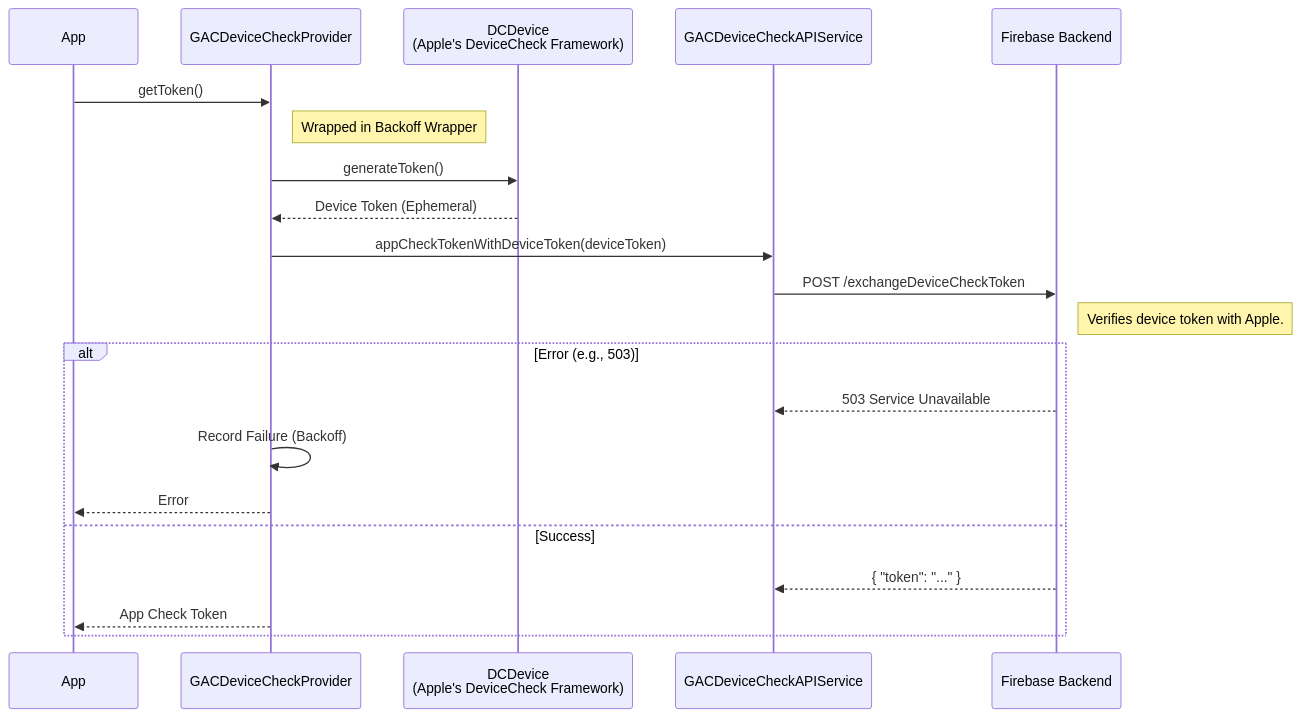
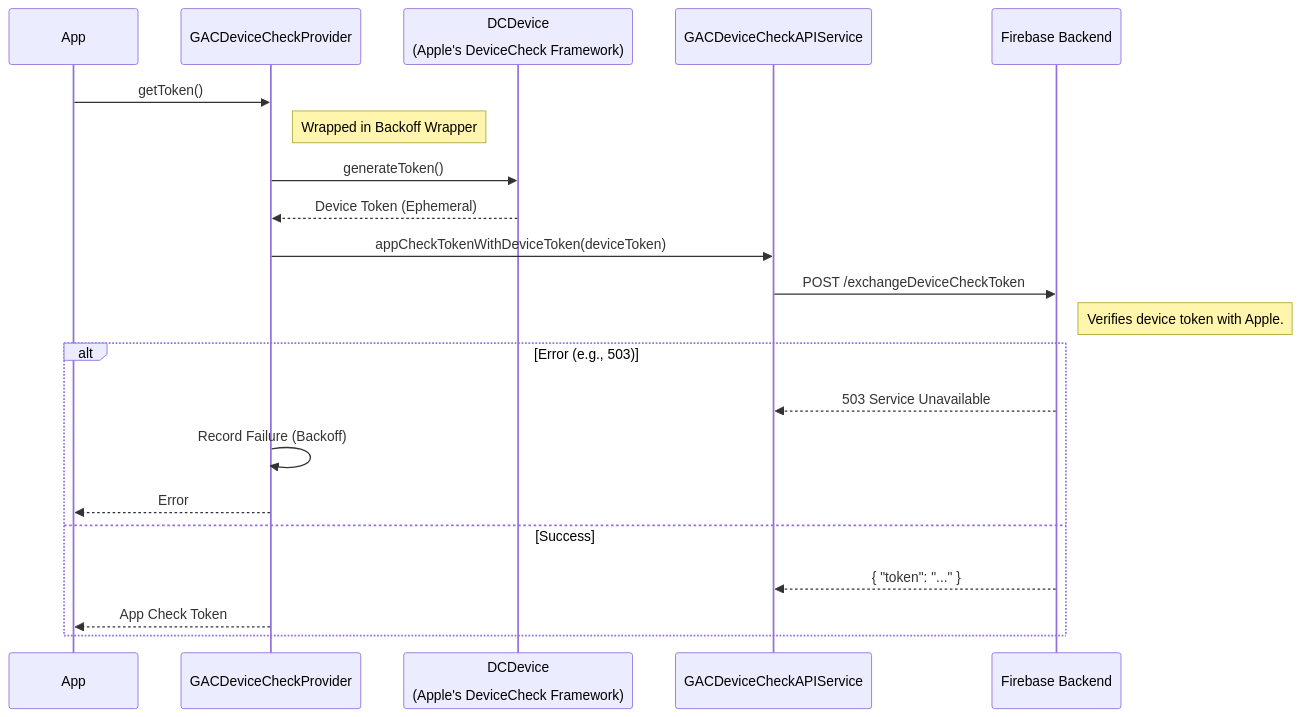
One commit to google/app-check changed the third of 4 diagrams in docs/providers.md. Above: the diagram before and after it, drawn with Mermaid. The commit also changed other lines of this file, not shown here.

````diff
--- a/docs/providers.md
+++ b/docs/providers.md
@@ -124,27 +124,27 @@
 ```mermaid
 sequenceDiagram
     participant App
     participant Provider as GACDeviceCheckProvider
-    participant Apple as DCDevice<br/>(Apple's DeviceCheck Framework)
+    participant Apple as DCDevice<br/><br/>(Apple's DeviceCheck Framework)
     participant API as GACDeviceCheckAPIService
     participant Backend as Firebase Backend
 
     App->>Provider: getToken()
     
     Note right of Provider: Wrapped in Backoff Wrapper
     Provider->>Apple: generateToken()
     Apple-->>Provider: Device Token (Ephemeral)
 
     Provider->>API: appCheckTokenWithDeviceToken(deviceToken)
     API->>Backend: POST /exchangeDeviceCheckToken
     Note right of Backend: Verifies device token with Apple.
     
     alt Error (e.g., 503)
         Backend-->>API: 503 Service Unavailable
         Provider->>Provider: Record Failure (Backoff)
         Provider-->>App: Error
     else Success
         Backend-->>API: { "token": "..." }
         Provider-->>App: App Check Token
     end
 ```
````
